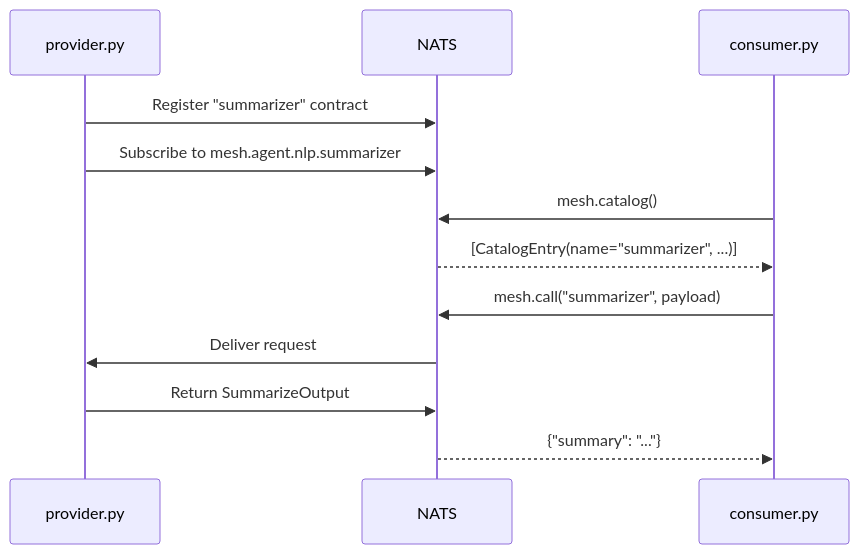
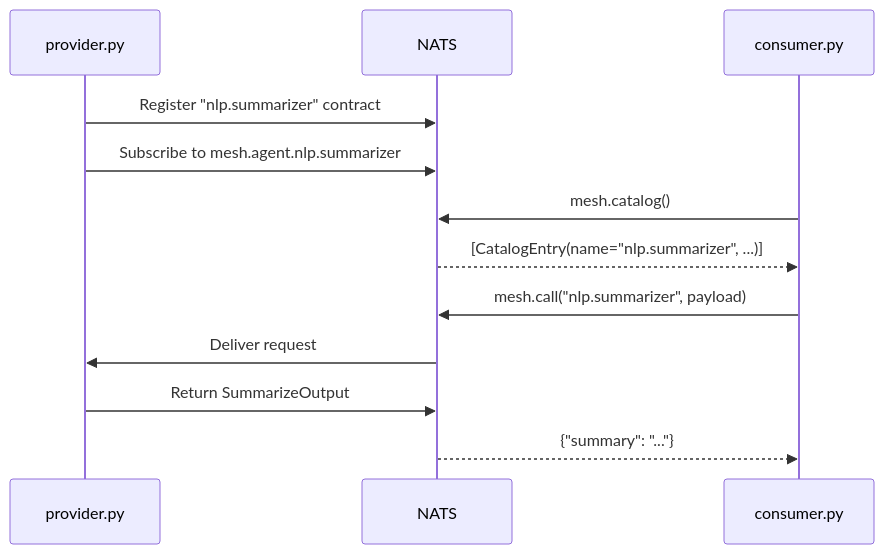
Before and after one commit to openagentmesh/openagentmesh: the diagram in docs/cookbook/multi-process.md, drawn with Mermaid. The commit also changed other lines of this file and 45 other files, not shown here.

````diff
--- a/docs/cookbook/multi-process.md
+++ b/docs/cookbook/multi-process.md
@@ -69,17 +68,17 @@
 ```mermaid
 sequenceDiagram
     participant Provider as provider.py
     participant NATS
     participant Consumer as consumer.py
 
-    Provider->>NATS: Register "summarizer" contract
+    Provider->>NATS: Register "nlp.summarizer" contract
     Provider->>NATS: Subscribe to mesh.agent.nlp.summarizer
 
     Consumer->>NATS: mesh.catalog()
-    NATS-->>Consumer: [CatalogEntry(name="summarizer", ...)]
+    NATS-->>Consumer: [CatalogEntry(name="nlp.summarizer", ...)]
 
-    Consumer->>NATS: mesh.call("summarizer", payload)
+    Consumer->>NATS: mesh.call("nlp.summarizer", payload)
     NATS->>Provider: Deliver request
     Provider->>NATS: Return SummarizeOutput
     NATS-->>Consumer: {"summary": "..."}
 ```
````
